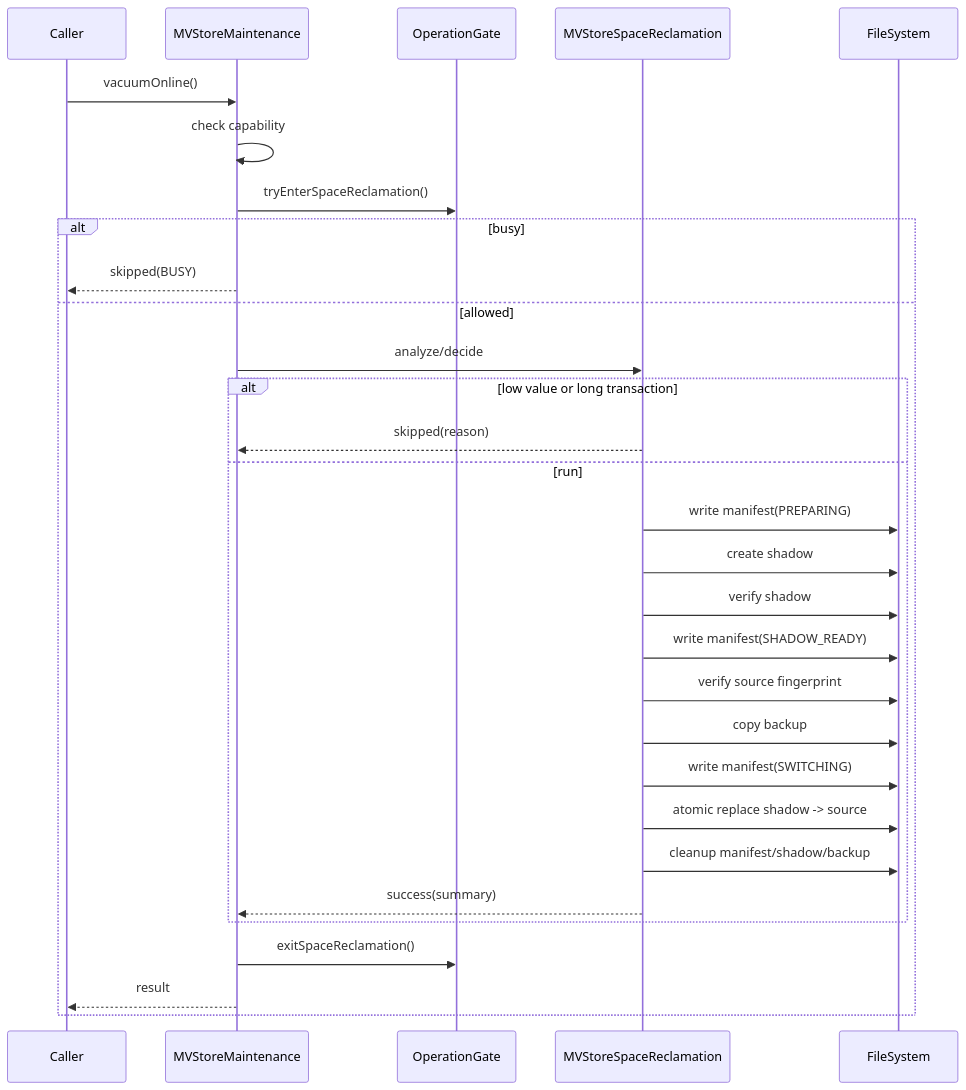
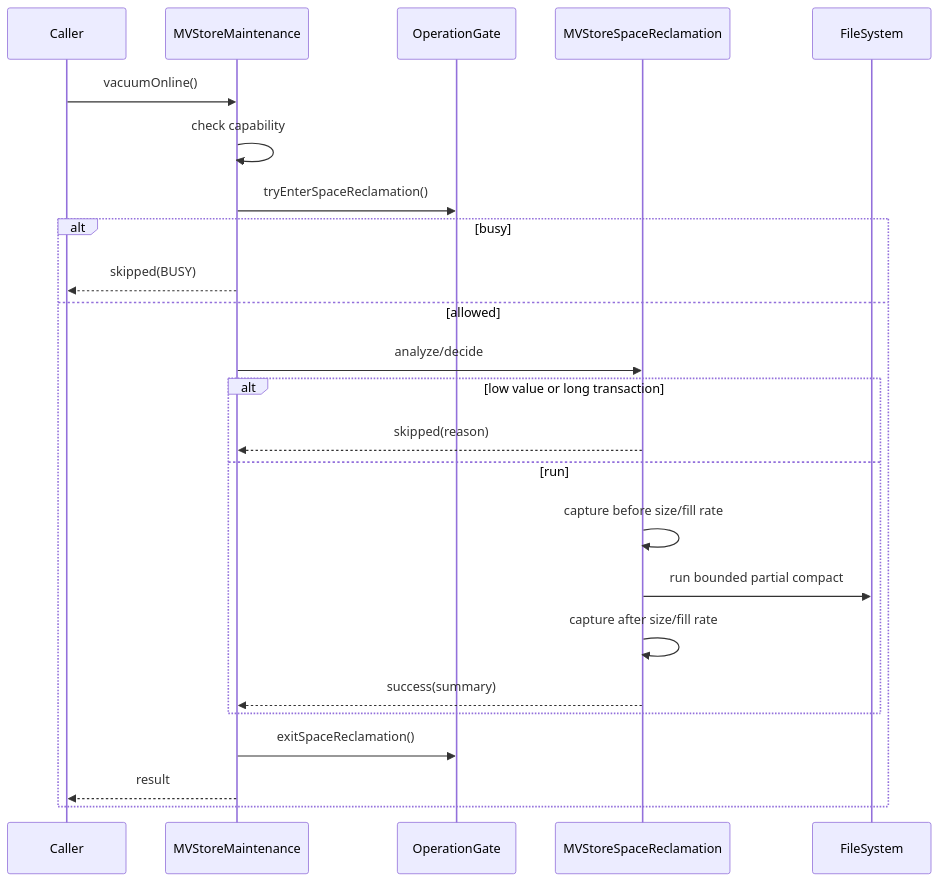
The second of 2 diagrams in h2/src/docsrc/html/mvstore-space-reclamation-s2-design.en.md (dibyang/h2db), drawn with Mermaid before and after one commit. The commit also changed other lines of this file and 3 other files, not shown here.

Commit message:
docs: align s2 reclamation design with partial compact

````diff
--- a/h2/src/docsrc/html/mvstore-space-reclamation-s2-design.en.md
+++ b/h2/src/docsrc/html/mvstore-space-reclamation-s2-design.en.md
@@ -157,33 +157,27 @@
 ```mermaid
 sequenceDiagram
     participant Caller
     participant Maintenance as MVStoreMaintenance
     participant Gate as OperationGate
     participant Reclaim as MVStoreSpaceReclamation
     participant FS as FileSystem
 
     Caller->>Maintenance: vacuumOnline()
     Maintenance->>Maintenance: check capability
     Maintenance->>Gate: tryEnterSpaceReclamation()
     alt busy
         Maintenance-->>Caller: skipped(BUSY)
     else allowed
         Maintenance->>Reclaim: analyze/decide
         alt low value or long transaction
             Reclaim-->>Maintenance: skipped(reason)
         else run
-            Reclaim->>FS: write manifest(PREPARING)
-            Reclaim->>FS: create shadow
-            Reclaim->>FS: verify shadow
-            Reclaim->>FS: write manifest(SHADOW_READY)
-            Reclaim->>FS: verify source fingerprint
-            Reclaim->>FS: copy backup
-            Reclaim->>FS: write manifest(SWITCHING)
-            Reclaim->>FS: atomic replace shadow -> source
-            Reclaim->>FS: cleanup manifest/shadow/backup
+            Reclaim->>Reclaim: capture before size/fill rate
+            Reclaim->>FS: run bounded partial compact
+            Reclaim->>Reclaim: capture after size/fill rate
             Reclaim-->>Maintenance: success(summary)
         end
         Maintenance->>Gate: exitSpaceReclamation()
         Maintenance-->>Caller: result
     end
 ```
````
